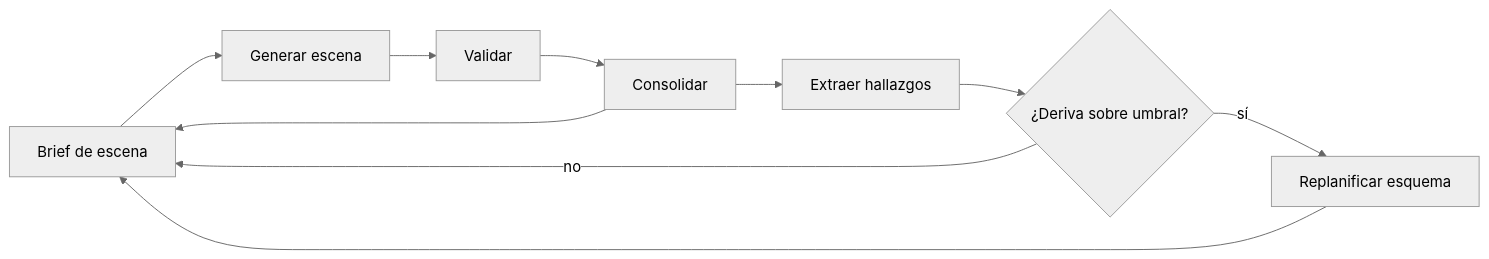
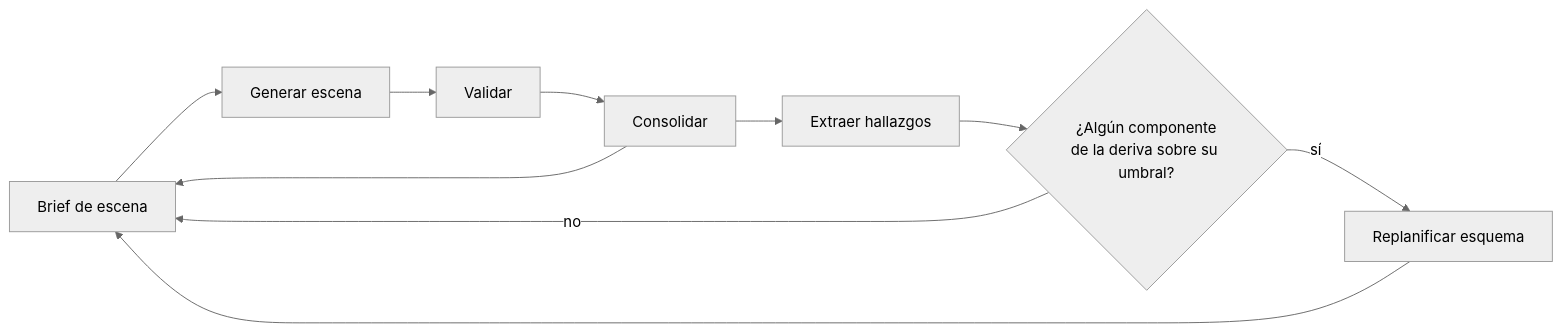
Before and after one commit to BrunoCrz3/MyStory: the third of 20 diagrams in docs/domain-knowledge.md, drawn with Mermaid (neutral theme). The commit also changed 7 other files, not shown here.

````diff
--- a/docs/domain-knowledge.md
+++ b/docs/domain-knowledge.md
@@ -46,12 +46,12 @@
 ```mermaid
 flowchart LR
   BRF[Brief de escena] --> GEN[Generar escena]
   GEN --> VAL[Validar]
   VAL --> CSL[Consolidar]
   CSL --> BRF
   CSL --> EXT[Extraer hallazgos]
-  EXT --> DRV{¿Deriva sobre umbral?}
+  EXT --> DRV{¿Algún componente<br/>de la deriva sobre su umbral?}
   DRV -->|no| BRF
   DRV -->|sí| RPL[Replanificar esquema]
   RPL --> BRF
 ```
````
